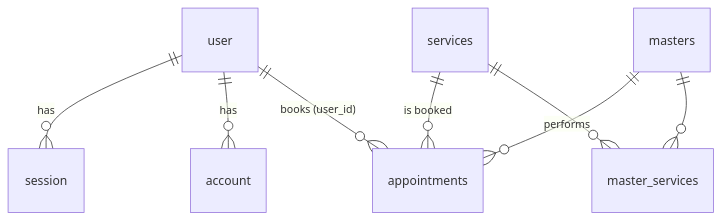
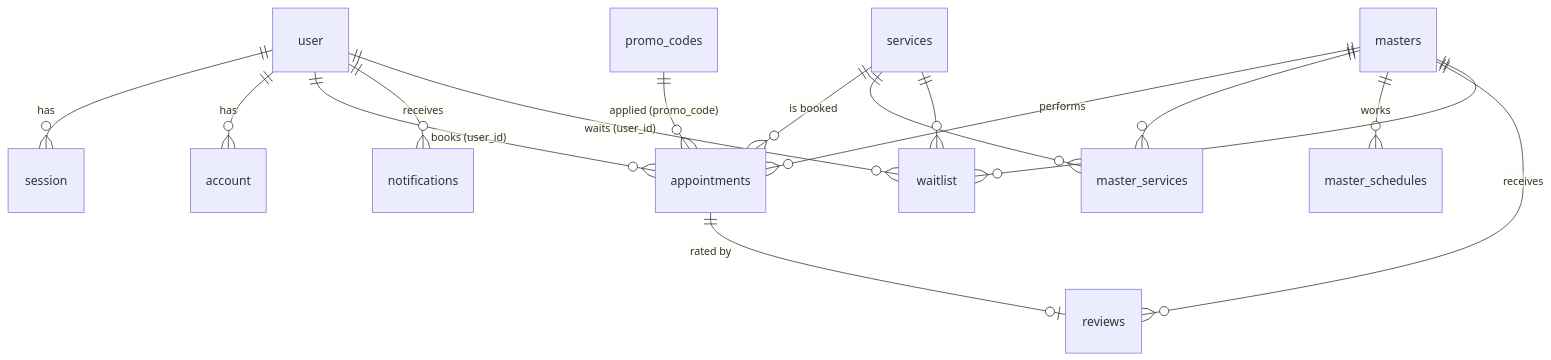
The diagram in docs/DATABASE.md (vitalina-kostenko/Web-based-system-for-automating-business-processes-and-customer-service-at-a-massage-center), drawn with Mermaid before and after one commit. The commit also changed other lines of this file, not shown here.

````diff
--- a/docs/DATABASE.md
+++ b/docs/DATABASE.md
@@ -5,10 +6,18 @@
 ```mermaid
 erDiagram
   user ||--o{ session : has
   user ||--o{ account : has
   user ||--o{ appointments : "books (user_id)"
+  user ||--o{ notifications : receives
+  user ||--o{ waitlist : "waits (user_id)"
   services ||--o{ appointments : "is booked"
-  masters ||--o{ appointments : "performs"
+  masters ||--o{ appointments : performs
   masters ||--o{ master_services : ""
   services ||--o{ master_services : ""
+  masters ||--o{ master_schedules : works
+  appointments ||--o| reviews : "rated by"
+  masters ||--o{ reviews : receives
+  masters ||--o{ waitlist : ""
+  services ||--o{ waitlist : ""
+  promo_codes ||--o{ appointments : "applied (promo_code)"
 ```
````
